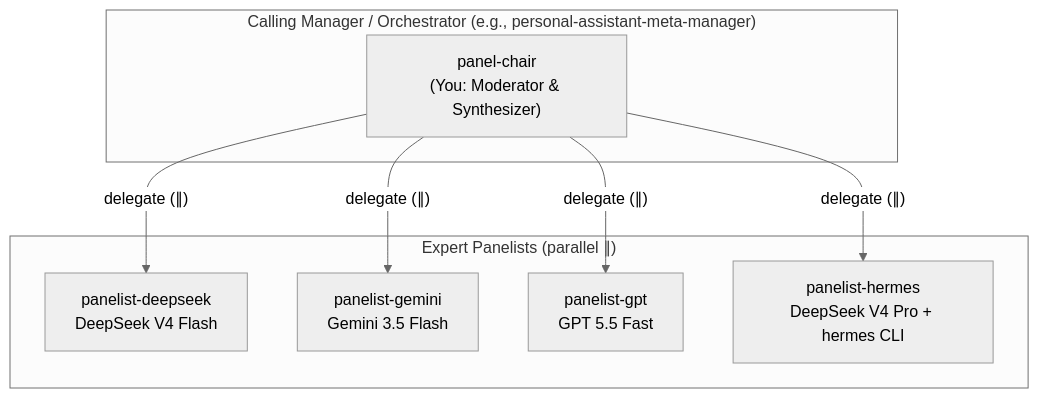
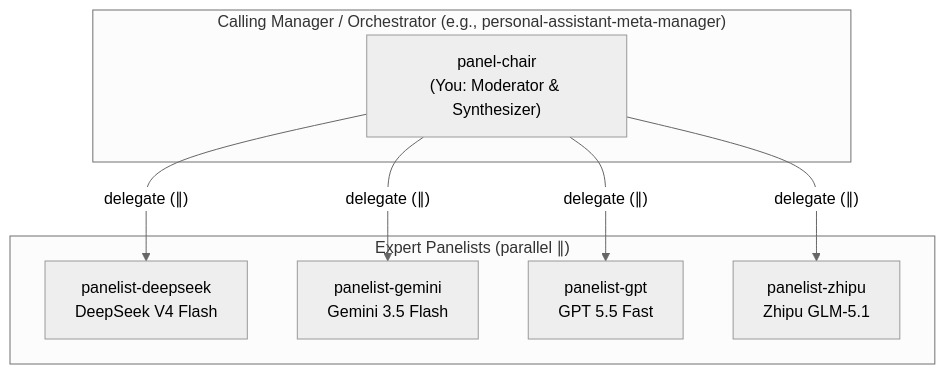
One commit to T-1009/personal-assistant changed the first of 2 diagrams in .opencode/agents/panel-chair.md. Above: the diagram before and after it, drawn with Mermaid (neutral theme). The commit also changed other lines of this file and 1 other file, not shown here.

First line of the commit message:
feat: replace Hermes panelist with Zhipu GLM-5.1 for Chinese-language technical reasoning

````diff
--- a/.opencode/agents/panel-chair.md
+++ b/.opencode/agents/panel-chair.md
@@ -26,16 +26,16 @@
 ```mermaid
 flowchart TD
     subgraph TOP["Calling Manager / Orchestrator (e.g., personal-assistant-meta-manager)"]
         YOU["panel-chair<br/>(You: Moderator & Synthesizer)"]
     end
     subgraph PANELISTS["Expert Panelists (parallel ∥)"]
         DS["panelist-deepseek<br/>DeepSeek V4 Flash"]
         GM["panelist-gemini<br/>Gemini 3.5 Flash"]
         GT["panelist-gpt<br/>GPT 5.5 Fast"]
-        HR["panelist-hermes<br/>DeepSeek V4 Pro + hermes CLI"]
+        ZP["panelist-zhipu<br/>Zhipu GLM-5.1"]
     end
     YOU -->|"delegate (∥)"| DS
     YOU -->|"delegate (∥)"| GM
     YOU -->|"delegate (∥)"| GT
-    YOU -->|"delegate (∥)"| HR
+    YOU -->|"delegate (∥)"| ZP
 ```
````
